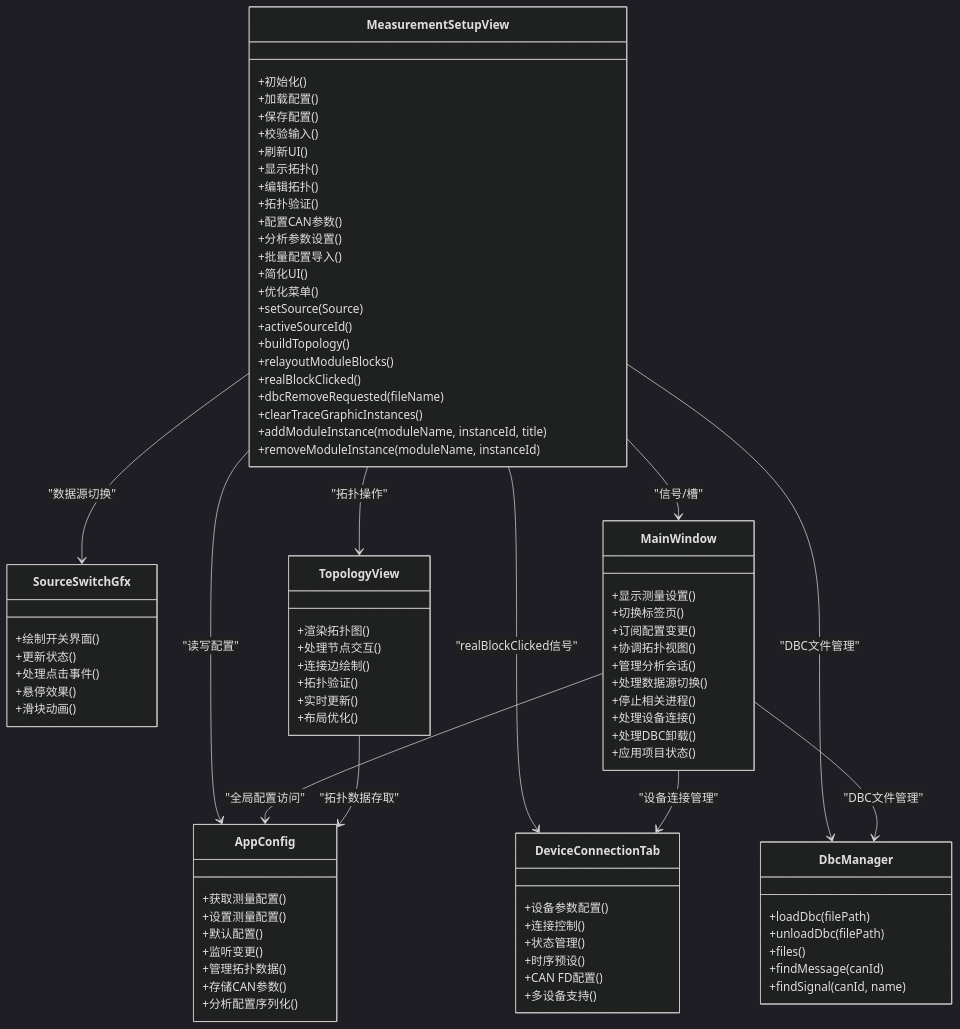
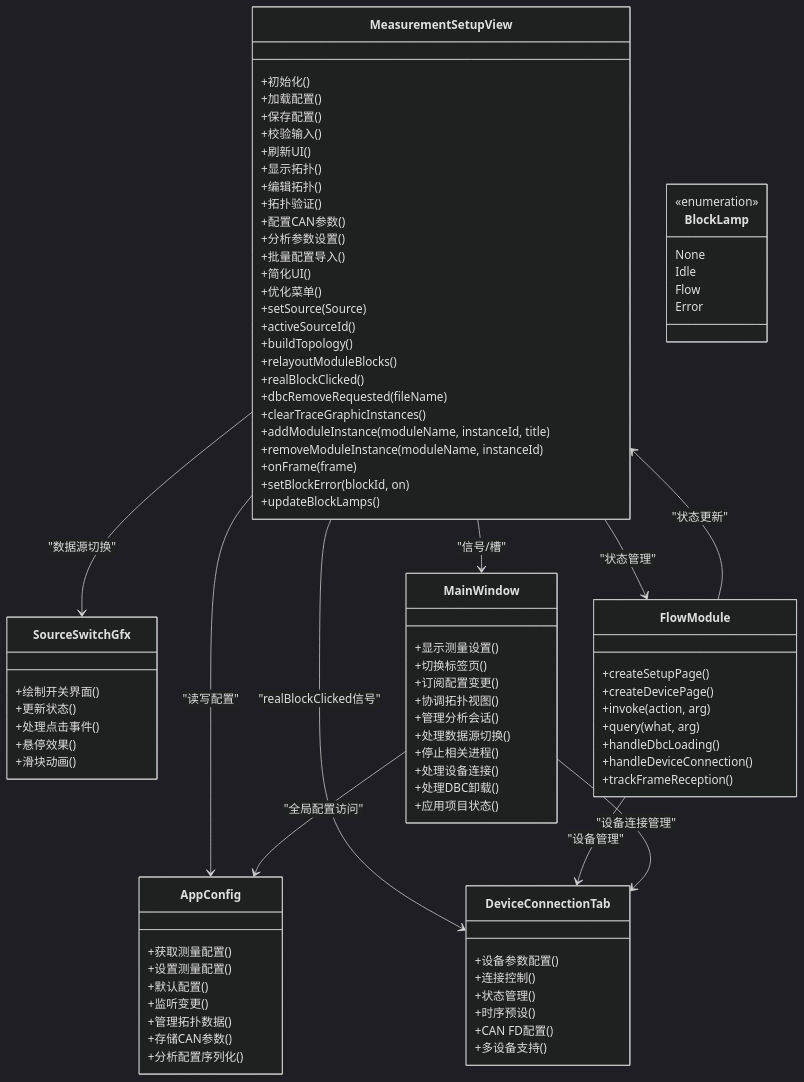
The second of 10 diagrams in .qoder/repowiki/zh/content/架构设计/UI系统设计/测量设置视图组件.md (jakecai1225-design/OpenBus), drawn with Mermaid (dark theme) before and after one commit. The commit also changed other lines of this file and 10 other files, not shown here.

````diff
--- a/.qoder/repowiki/zh/content/架构设计/UI系统设计/测量设置视图组件.md
+++ b/.qoder/repowiki/zh/content/架构设计/UI系统设计/测量设置视图组件.md
@@ -156,6 +168,9 @@
 +clearTraceGraphicInstances()
 +addModuleInstance(moduleName, instanceId, title)
 +removeModuleInstance(moduleName, instanceId)
++onFrame(frame)
++setBlockError(blockId, on)
++updateBlockLamps()
 }
 class DeviceConnectionTab {
 +设备参数配置()
@@ -171,6 +186,15 @@
 +处理点击事件()
 +悬停效果()
 +滑块动画()
+}
+class FlowModule {
++createSetupPage()
++createDevicePage()
++invoke(action, arg)
++query(what, arg)
++handleDbcLoading()
++handleDeviceConnection()
++trackFrameReception()
 }
 class MainWindow {
 +显示测量设置()
@@ -193,29 +217,20 @@
 +存储CAN参数()
 +分析配置序列化()
 }
-class TopologyView {
-+渲染拓扑图()
-+处理节点交互()
-+连接边绘制()
-+拓扑验证()
-+实时更新()
-+布局优化()
-}
-class DbcManager {
-+loadDbc(filePath)
-+unloadDbc(filePath)
-+files()
-+findMessage(canId)
-+findSignal(canId, name)
+class BlockLamp {
+<<enumeration>>
+None
+Idle
+Flow
+Error
 }
 MeasurementSetupView --> MainWindow : "信号/槽"
 MeasurementSetupView --> DeviceConnectionTab : "realBlockClicked信号"
 MeasurementSetupView --> SourceSwitchGfx : "数据源切换"
+MeasurementSetupView --> FlowModule : "状态管理"
 MeasurementSetupView --> AppConfig : "读写配置"
-MeasurementSetupView --> DbcManager : "DBC文件管理"
-MeasurementSetupView --> TopologyView : "拓扑操作"
+FlowModule --> MeasurementSetupView : "状态更新"
+FlowModule --> DeviceConnectionTab : "设备管理"
 MainWindow --> AppConfig : "全局配置访问"
 MainWindow --> DeviceConnectionTab : "设备连接管理"
-MainWindow --> DbcManager : "DBC文件管理"
-Topolog yView --> AppConfig : "拓扑数据存取"
 ```
````
